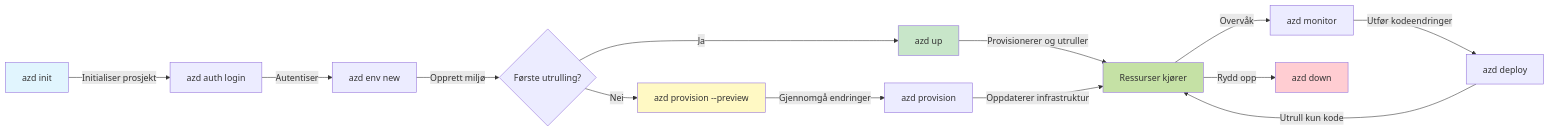
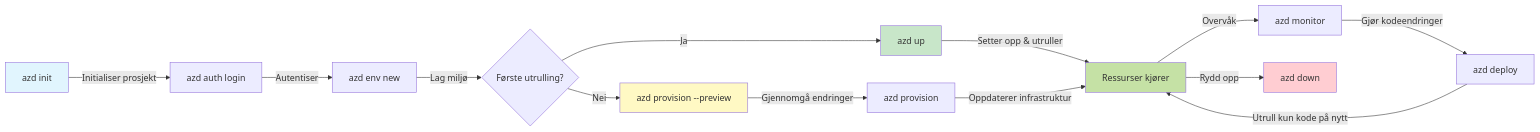
The first of 2 diagrams in translations/no/docs/chapter-01-foundation/azd-basics.md (microsoft/AZD-for-beginners), drawn with Mermaid before and after one commit. The commit also changed other lines of this file and 101 other files, not shown here.

````diff
--- a/translations/no/docs/chapter-01-foundation/azd-basics.md
+++ b/translations/no/docs/chapter-01-foundation/azd-basics.md
@@ -269,21 +269,21 @@
 ```mermaid
 graph LR
     A[azd init] -->|Initialiser prosjekt| B[azd auth login]
     B -->|Autentiser| C[azd env new]
-    C -->|Opprett miljø| D{Første utrulling?}
+    C -->|Lag miljø| D{Første utrulling?}
     D -->|Ja| E[azd up]
     D -->|Nei| F[azd provision --preview]
     F -->|Gjennomgå endringer| G[azd provision]
-    E -->|Provisionerer og utruller| H[Ressurser kjører]
+    E -->|Setter opp & utruller| H[Ressurser kjører]
     G -->|Oppdaterer infrastruktur| H
     H -->|Overvåk| I[azd monitor]
-    I -->|Utfør kodeendringer| J[azd deploy]
-    J -->|Utrull kun kode| H
+    I -->|Gjør kodeendringer| J[azd deploy]
+    J -->|Utrull kun kode på nytt| H
     H -->|Rydd opp| K[azd down]
     
     style A fill:#e1f5fe
     style E fill:#c8e6c9
     style F fill:#fff9c4
     style H fill:#c5e1a5
     style K fill:#ffcdd2
 ```
````
